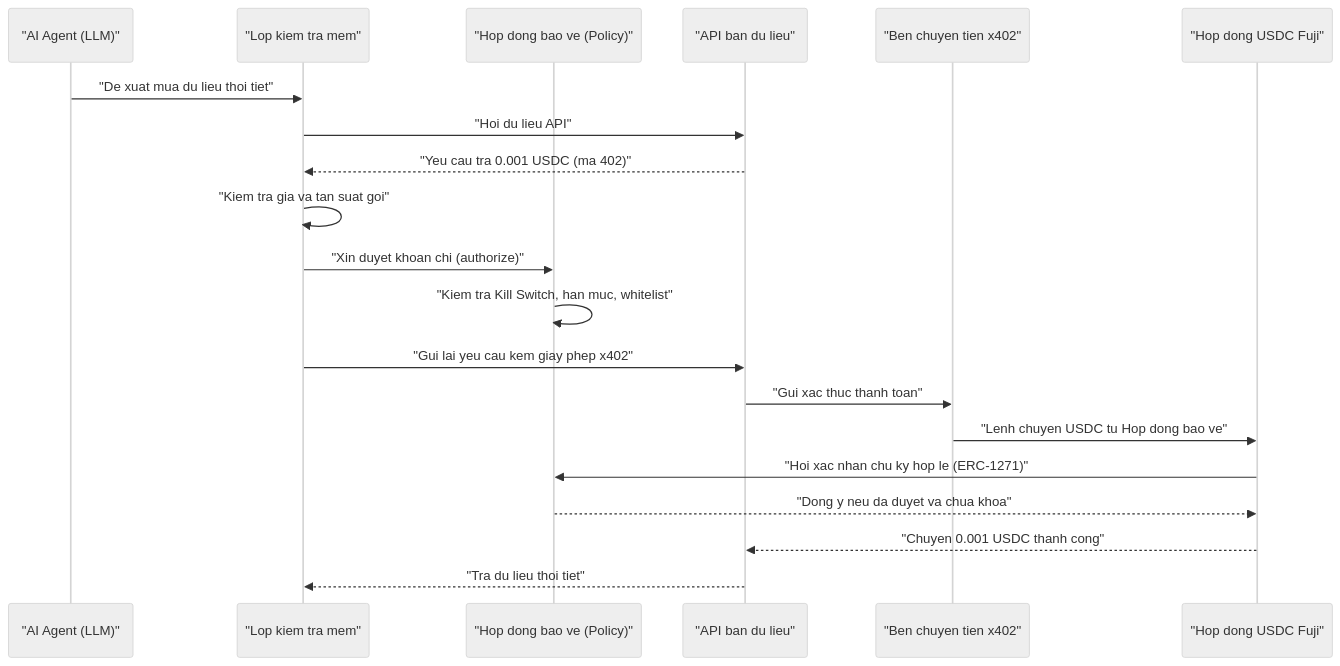
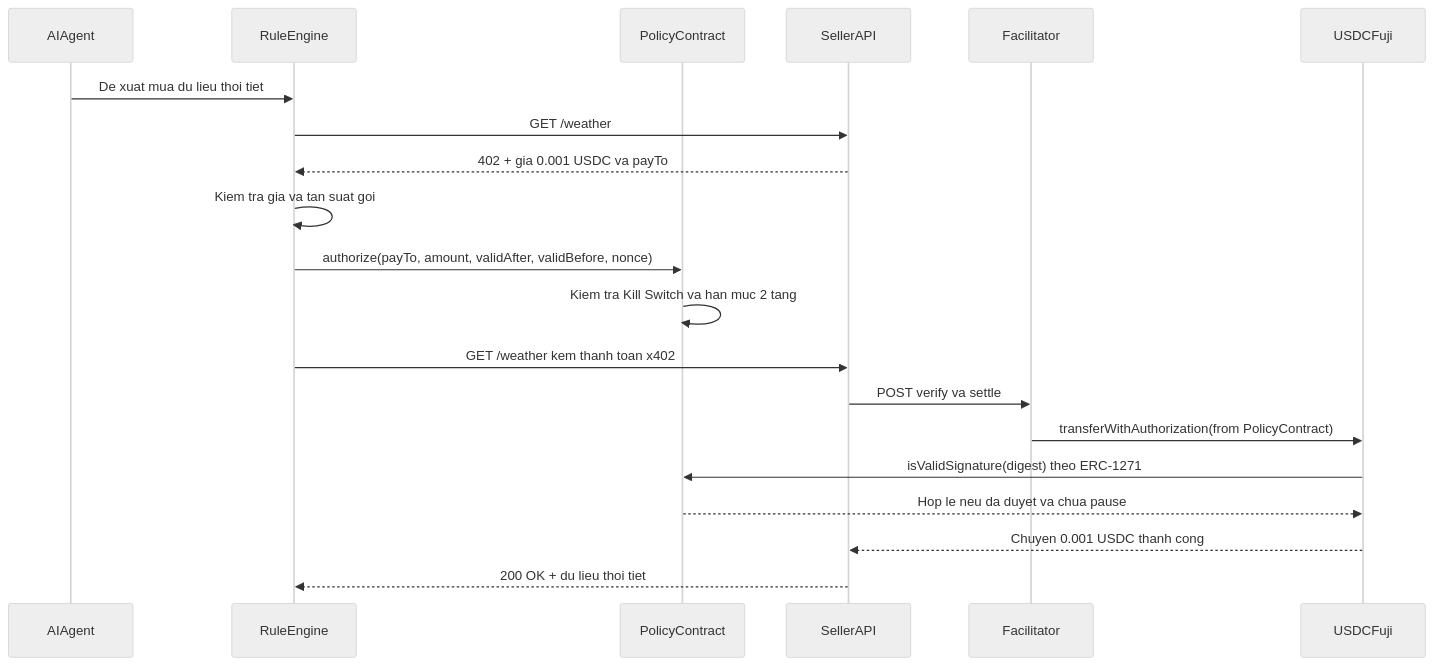
Before and after one commit to ZzIsSs/agentleash: the third of 3 diagrams in docs/HUONG_DAN_CHUAN_BI_FIGMA.md, drawn with Mermaid (neutral theme). The commit also changed other lines of this file and 1 other file, not shown here.

````diff
--- a/docs/HUONG_DAN_CHUAN_BI_FIGMA.md
+++ b/docs/HUONG_DAN_CHUAN_BI_FIGMA.md
@@ -140,22 +162,23 @@
 ```mermaid
 sequenceDiagram
-    participant llm as "AI Agent (LLM)"
-    participant ruleEngine as "Lop kiem tra mem"
-    participant policy as "Hop dong bao ve (Policy)"
-    participant seller as "API ban du lieu"
-    participant facilitator as "Ben chuyen tien x402"
-    participant usdc as "Hop dong USDC Fuji"
-    llm->>ruleEngine: "De xuat mua du lieu thoi tiet"
-    ruleEngine->>seller: "Hoi du lieu API"
-    seller-->>ruleEngine: "Yeu cau tra 0.001 USDC (ma 402)"
-    ruleEngine->>ruleEngine: "Kiem tra gia va tan suat goi"
-    ruleEngine->>policy: "Xin duyet khoan chi (authorize)"
-    policy->>policy: "Kiem tra Kill Switch, han muc, whitelist"
-    ruleEngine->>seller: "Gui lai yeu cau kem giay phep x402"
-    seller->>facilitator: "Gui xac thuc thanh toan"
-    facilitator->>usdc: "Lenh chuyen USDC tu Hop dong bao ve"
-    usdc->>policy: "Hoi xac nhan chu ky hop le (ERC-1271)"
-    policy-->>usdc: "Dong y neu da duyet va chua khoa"
-    usdc-->>seller: "Chuyen 0.001 USDC thanh cong"
-    seller-->>ruleEngine: "Tra du lieu thoi tiet"
+    participant AIAgent
+    participant RuleEngine
+    participant PolicyContract
+    participant SellerAPI
+    participant Facilitator
+    participant USDCFuji
+
+    AIAgent->>RuleEngine: De xuat mua du lieu thoi tiet
+    RuleEngine->>SellerAPI: GET /weather
+    SellerAPI-->>RuleEngine: 402 + gia 0.001 USDC va payTo
+    RuleEngine->>RuleEngine: Kiem tra gia va tan suat goi
+    RuleEngine->>PolicyContract: authorize(payTo, amount, validAfter, validBefore, nonce)
+    PolicyContract->>PolicyContract: Kiem tra Kill Switch va han muc 2 tang
+    RuleEngine->>SellerAPI: GET /weather kem thanh toan x402
+    SellerAPI->>Facilitator: POST verify va settle
+    Facilitator->>USDCFuji: transferWithAuthorization(from PolicyContract)
+    USDCFuji->>PolicyContract: isValidSignature(digest) theo ERC-1271
+    PolicyContract-->>USDCFuji: Hop le neu da duyet va chua pause
+    USDCFuji-->>SellerAPI: Chuyen 0.001 USDC thanh cong
+    SellerAPI-->>RuleEngine: 200 OK + du lieu thoi tiet
 ```
````
